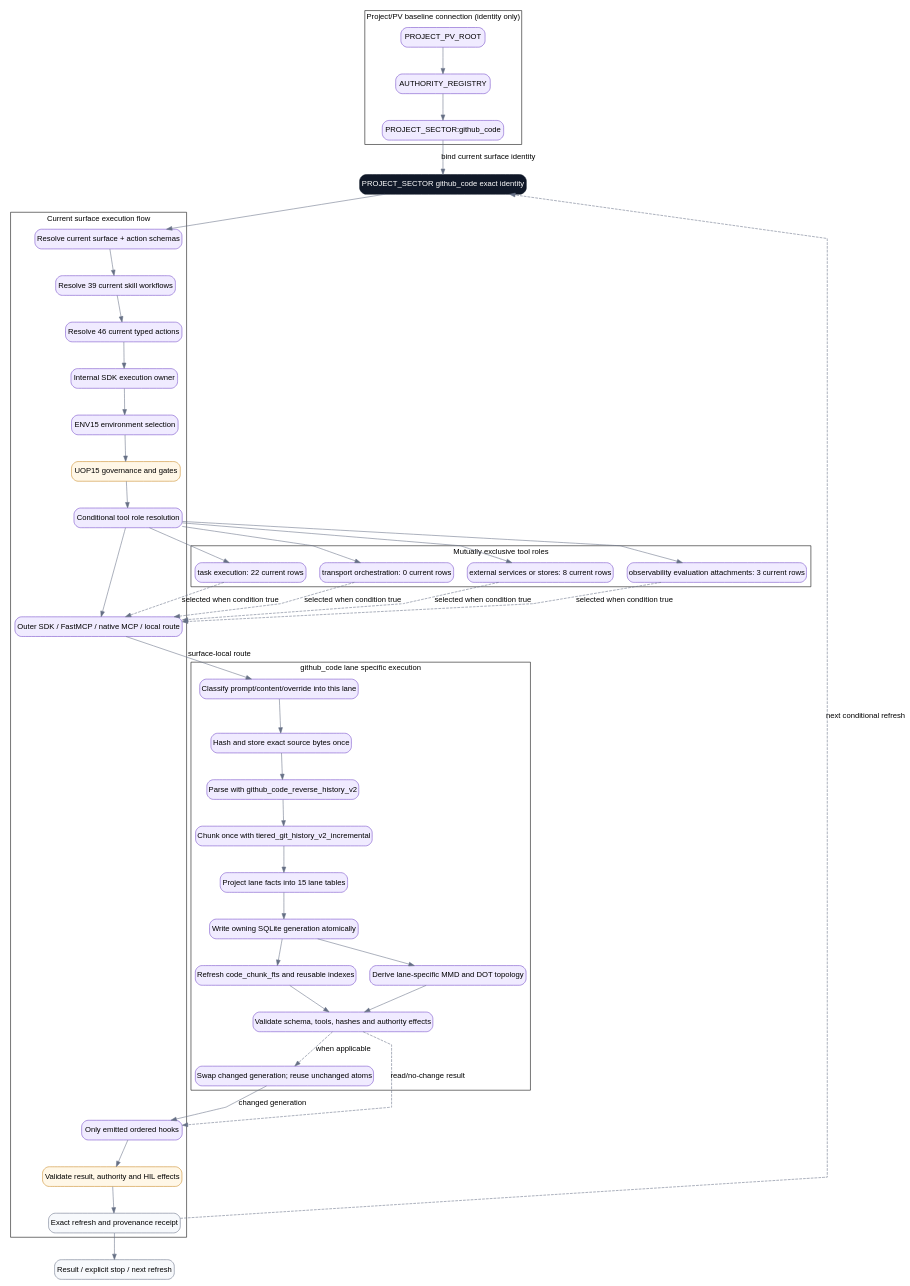
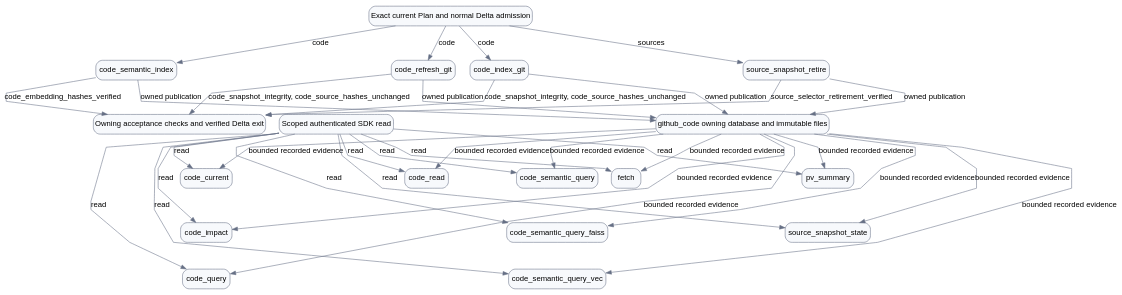
The diagram in plugins/evidence-lane-plugin/authorities/project_sectors/github_code/workflow.dot (rathee000001/evidence_lane_plugin), drawn with Graphviz before and after one commit. The commit also changed 4606 other files, not shown here.

Commit message:
feat: build Evidence Lane v4 preinstall candidate

```diff
--- a/plugins/evidence-lane-plugin/authorities/project_sectors/github_code/workflow.dot
+++ b/plugins/evidence-lane-plugin/authorities/project_sectors/github_code/workflow.dot
@@ -1,85 +1,62 @@
-digraph surface_project_sector_github_code {
+digraph workflow_github_code {
   // EVIDENCE_LANE_GRAPH_ENGINE=PYTHON_GRAPHVIZ
   // PYTHON_GRAPHVIZ_VERSION=0.21
   bgcolor=white compound=true fontname=Arial newrank=true nodesep=0.35 rankdir=TB ranksep=0.65 splines=polyline
   node [color="#667085" fontname=Arial shape=box style="rounded,filled"]
   edge [color="#667085" fontname=Arial]
-  ENTRY [label="PROJECT_SECTOR github_code exact identity" color="#101828" fillcolor="#101828" fontcolor=white shape=box style="rounded,filled"]
-  EXIT [label="Result / explicit stop / next refresh" color="#667085" fillcolor="#f7f9fc" shape=box style="rounded,filled"]
-  subgraph cluster_flow {
-    label="Current surface execution flow" rankdir=TB
-    SCHEMA [label="Resolve current surface + action schemas" color="#7147c7" fillcolor="#f0ebff" shape=box style="rounded,filled"]
-    SKILLS [label="Resolve 39 current skill workflows" color="#7147c7" fillcolor="#f0ebff" shape=box style="rounded,filled"]
-    ACTIONS [label="Resolve 46 current typed actions" color="#7147c7" fillcolor="#f0ebff" shape=box style="rounded,filled"]
-    INTERNAL_SDK [label="Internal SDK execution owner" color="#7147c7" fillcolor="#f0ebff" shape=box style="rounded,filled"]
-    ENV [label="ENV15 environment selection" color="#7147c7" fillcolor="#f0ebff" shape=box style="rounded,filled"]
-    UOP [label="UOP15 governance and gates" color="#c88722" fillcolor="#fff7e7" shape=box style="rounded,filled"]
-    TOOLS [label="Conditional tool role resolution" color="#7147c7" fillcolor="#f0ebff" shape=box style="rounded,filled"]
-    OUTER [label="Outer SDK / FastMCP / native MCP / local route" color="#7147c7" fillcolor="#f0ebff" shape=box style="rounded,filled"]
-    HOOKS [label="Only emitted ordered hooks" color="#7147c7" fillcolor="#f0ebff" shape=box style="rounded,filled"]
-    VALIDATE [label="Validate result, authority and HIL effects" color="#c88722" fillcolor="#fff7e7" shape=box style="rounded,filled"]
-    RECEIPT [label="Exact refresh and provenance receipt" color="#667085" fillcolor="#f7f9fc" shape=box style="rounded,filled"]
-  }
-  subgraph cluster_project_pv_baseline {
-    label="Project/PV baseline connection (identity only)" rankdir=TB
-    BASELINE_01 [label=PROJECT_PV_ROOT color="#7147c7" fillcolor="#f0ebff" shape=box style="rounded,filled"]
-    BASELINE_02 [label=AUTHORITY_REGISTRY color="#7147c7" fillcolor="#f0ebff" shape=box style="rounded,filled"]
-    BASELINE_03 [label="PROJECT_SECTOR:github_code" color="#7147c7" fillcolor="#f0ebff" shape=box style="rounded,filled"]
-  }
-  subgraph cluster_surface_phases {
-    label="github_code lane specific execution" rankdir=TB
-    PHASE_SOURCE_CLASSIFY [label="Classify prompt/content/override into this lane" color="#7147c7" fillcolor="#f0ebff" shape=box style="rounded,filled"]
-    PHASE_EXACT_SOURCE_CAS [label="Hash and store exact source bytes once" color="#7147c7" fillcolor="#f0ebff" shape=box style="rounded,filled"]
-    PHASE_LANE_PARSE [label="Parse with github_code_reverse_history_v2" color="#7147c7" fillcolor="#f0ebff" shape=box style="rounded,filled"]
-    PHASE_LANE_CHUNK [label="Chunk once with tiered_git_history_v2_incremental" color="#7147c7" fillcolor="#f0ebff" shape=box style="rounded,filled"]
-    PHASE_STRUCTURED_FACTS [label="Project lane facts into 15 lane tables" color="#7147c7" fillcolor="#f0ebff" shape=box style="rounded,filled"]
-    PHASE_SQLITE_COMMIT [label="Write owning SQLite generation atomically" color="#7147c7" fillcolor="#f0ebff" shape=box style="rounded,filled"]
-    PHASE_RETRIEVAL_INDEX [label="Refresh code_chunk_fts and reusable indexes" color="#7147c7" fillcolor="#f0ebff" shape=box style="rounded,filled"]
-    PHASE_TOPOLOGY_GRAPH [label="Derive lane-specific MMD and DOT topology" color="#7147c7" fillcolor="#f0ebff" shape=box style="rounded,filled"]
-    PHASE_RESULT_VALIDATE [label="Validate schema, tools, hashes and authority effects" color="#7147c7" fillcolor="#f0ebff" shape=box style="rounded,filled"]
-    PHASE_ATOMIC_REFRESH [label="Swap changed generation; reuse unchanged atoms" color="#7147c7" fillcolor="#f0ebff" shape=box style="rounded,filled"]
-  }
-  subgraph cluster_tool_roles {
-    label="Mutually exclusive tool roles" rankdir=TB
-    ROLE_TASK_EXECUTION [label="task execution: 22 current rows" color="#7147c7" fillcolor="#f0ebff" shape=box style="rounded,filled"]
-    ROLE_TRANSPORT_ORCHESTRATION [label="transport orchestration: 0 current rows" color="#7147c7" fillcolor="#f0ebff" shape=box style="rounded,filled"]
-    ROLE_EXTERNAL_SERVICES_OR_STORES [label="external services or stores: 8 current rows" color="#7147c7" fillcolor="#f0ebff" shape=box style="rounded,filled"]
-    ROLE_OBSERVABILITY_EVALUATION_ATTACHMENTS [label="observability evaluation attachments: 3 current rows" color="#7147c7" fillcolor="#f0ebff" shape=box style="rounded,filled"]
-  }
-  ENTRY -> SCHEMA
-  SCHEMA -> SKILLS
-  SKILLS -> ACTIONS
-  ACTIONS -> INTERNAL_SDK
-  INTERNAL_SDK -> ENV
-  ENV -> UOP
-  UOP -> TOOLS
-  TOOLS -> OUTER
-  BASELINE_01 -> BASELINE_02
-  BASELINE_02 -> BASELINE_03
-  BASELINE_03 -> ENTRY [label="bind current surface identity"]
-  OUTER -> PHASE_SOURCE_CLASSIFY [label="surface-local route"]
-  PHASE_SOURCE_CLASSIFY -> PHASE_EXACT_SOURCE_CAS
-  PHASE_EXACT_SOURCE_CAS -> PHASE_LANE_PARSE
-  PHASE_LANE_PARSE -> PHASE_LANE_CHUNK
-  PHASE_LANE_CHUNK -> PHASE_STRUCTURED_FACTS
-  PHASE_STRUCTURED_FACTS -> PHASE_SQLITE_COMMIT
-  PHASE_SQLITE_COMMIT -> PHASE_RETRIEVAL_INDEX
-  PHASE_SQLITE_COMMIT -> PHASE_TOPOLOGY_GRAPH
-  PHASE_RETRIEVAL_INDEX -> PHASE_RESULT_VALIDATE
-  PHASE_TOPOLOGY_GRAPH -> PHASE_RESULT_VALIDATE
-  PHASE_RESULT_VALIDATE -> PHASE_ATOMIC_REFRESH [label="when applicable" style=dashed]
-  PHASE_RESULT_VALIDATE -> HOOKS [label="read/no-change result" style=dashed]
-  PHASE_ATOMIC_REFRESH -> HOOKS [label="changed generation"]
-  HOOKS -> VALIDATE
-  VALIDATE -> RECEIPT
-  RECEIPT -> EXIT
-  RECEIPT -> ENTRY [label="next conditional refresh" style=dashed]
-  TOOLS -> ROLE_TASK_EXECUTION
-  ROLE_TASK_EXECUTION -> OUTER [label="selected when condition true" style=dashed]
-  TOOLS -> ROLE_TRANSPORT_ORCHESTRATION
-  ROLE_TRANSPORT_ORCHESTRATION -> OUTER [label="selected when condition true" style=dashed]
-  TOOLS -> ROLE_EXTERNAL_SERVICES_OR_STORES
-  ROLE_EXTERNAL_SERVICES_OR_STORES -> OUTER [label="selected when condition true" style=dashed]
-  TOOLS -> ROLE_OBSERVABILITY_EVALUATION_ATTACHMENTS
-  ROLE_OBSERVABILITY_EVALUATION_ATTACHMENTS -> OUTER [label="selected when condition true" style=dashed]
+  lane [label="github_code owning database and immutable files" color="#667085" fillcolor="#f7f9fc" shape=box style="rounded,filled"]
+  delta [label="Exact current Plan and normal Delta admission" color="#667085" fillcolor="#f7f9fc" shape=box style="rounded,filled"]
+  verify [label="Owning acceptance checks and verified Delta exit" color="#667085" fillcolor="#f7f9fc" shape=box style="rounded,filled"]
+  read [label="Scoped authenticated SDK read" color="#667085" fillcolor="#f7f9fc" shape=box style="rounded,filled"]
+  action_code_current [label=code_current color="#667085" fillcolor="#f7f9fc" shape=box style="rounded,filled"]
+  action_code_impact [label=code_impact color="#667085" fillcolor="#f7f9fc" shape=box style="rounded,filled"]
+  action_code_index_git [label=code_index_git color="#667085" fillcolor="#f7f9fc" shape=box style="rounded,filled"]
+  action_code_query [label=code_query color="#667085" fillcolor="#f7f9fc" shape=box style="rounded,filled"]
+  action_code_read [label=code_read color="#667085" fillcolor="#f7f9fc" shape=box style="rounded,filled"]
+  action_code_refresh_git [label=code_refresh_git color="#667085" fillcolor="#f7f9fc" shape=box style="rounded,filled"]
+  action_code_semantic_index [label=code_semantic_index color="#667085" fillcolor="#f7f9fc" shape=box style="rounded,filled"]
+  action_code_semantic_query [label=code_semantic_query color="#667085" fillcolor="#f7f9fc" shape=box style="rounded,filled"]
+  action_code_semantic_query_faiss [label=code_semantic_query_faiss color="#667085" fillcolor="#f7f9fc" shape=box style="rounded,filled"]
+  action_code_semantic_query_vec [label=code_semantic_query_vec color="#667085" fillcolor="#f7f9fc" shape=box style="rounded,filled"]
+  action_fetch [label=fetch color="#667085" fillcolor="#f7f9fc" shape=box style="rounded,filled"]
+  action_pv_summary [label=pv_summary color="#667085" fillcolor="#f7f9fc" shape=box style="rounded,filled"]
+  action_source_snapshot_retire [label=source_snapshot_retire color="#667085" fillcolor="#f7f9fc" shape=box style="rounded,filled"]
+  action_source_snapshot_state [label=source_snapshot_state color="#667085" fillcolor="#f7f9fc" shape=box style="rounded,filled"]
+  read -> action_code_current [label=read]
+  lane -> action_code_current [label="bounded recorded evidence"]
+  read -> action_code_impact [label=read]
+  lane -> action_code_impact [label="bounded recorded evidence"]
+  delta -> action_code_index_git [label=code]
+  action_code_index_git -> lane [label="owned publication"]
+  action_code_index_git -> verify [label="code_snapshot_integrity, code_source_hashes_unchanged"]
+  read -> action_code_query [label=read]
+  lane -> action_code_query [label="bounded recorded evidence"]
+  read -> action_code_read [label=read]
+  lane -> action_code_read [label="bounded recorded evidence"]
+  delta -> action_code_refresh_git [label=code]
+  action_code_refresh_git -> lane [label="owned publication"]
+  action_code_refresh_git -> verify [label="code_snapshot_integrity, code_source_hashes_unchanged"]
+  delta -> action_code_semantic_index [label=code]
+  action_code_semantic_index -> lane [label="owned publication"]
+  action_code_semantic_index -> verify [label=code_embedding_hashes_verified]
+  read -> action_code_semantic_query [label=read]
+  lane -> action_code_semantic_query [label="bounded recorded evidence"]
+  read -> action_code_semantic_query_faiss [label=read]
+  lane -> action_code_semantic_query_faiss [label="bounded recorded evidence"]
+  read -> action_code_semantic_query_vec [label=read]
+  lane -> action_code_semantic_query_vec [label="bounded recorded evidence"]
+  read -> action_fetch [label=read]
+  lane -> action_fetch [label="bounded recorded evidence"]
+  read -> action_pv_summary [label=read]
+  lane -> action_pv_summary [label="bounded recorded evidence"]
+  delta -> action_source_snapshot_retire [label=sources]
+  action_source_snapshot_retire -> lane [label="owned publication"]
+  action_source_snapshot_retire -> verify [label=source_selector_retirement_verified]
+  read -> action_source_snapshot_state [label=read]
+  lane -> action_source_snapshot_state [label="bounded recorded evidence"]
+  action_code_current -> action_code_impact [constraint=true style=invis weight=100]
+  action_code_impact -> action_code_query [constraint=true style=invis weight=100]
+  action_code_semantic_query -> action_code_semantic_query_faiss [constraint=true style=invis weight=100]
+  action_code_semantic_query_faiss -> action_code_semantic_query_vec [constraint=true style=invis weight=100]
+  action_pv_summary -> action_source_snapshot_state [constraint=true style=invis weight=100]
 }
```
